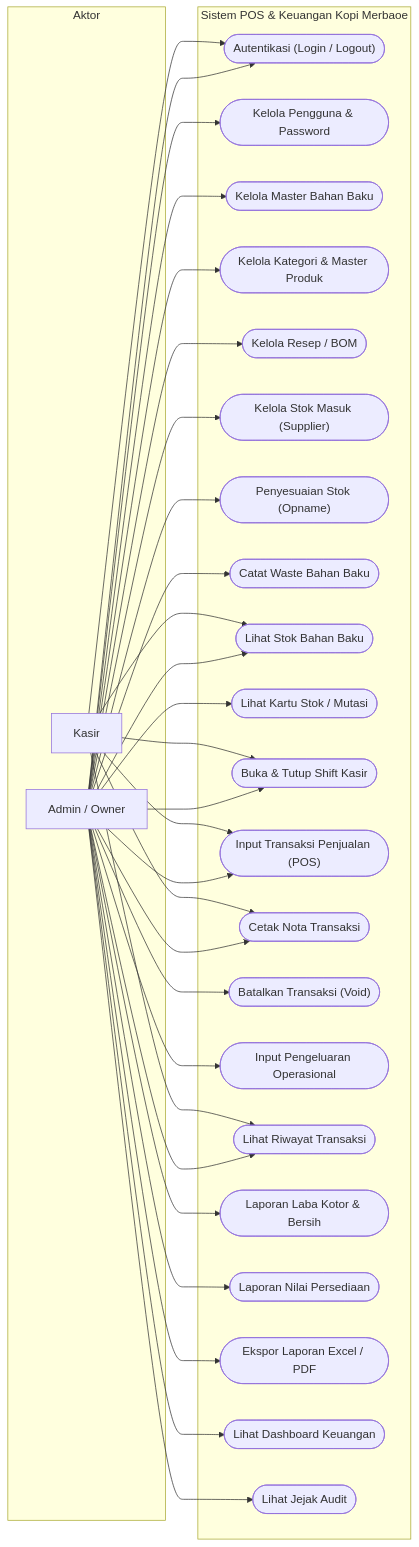
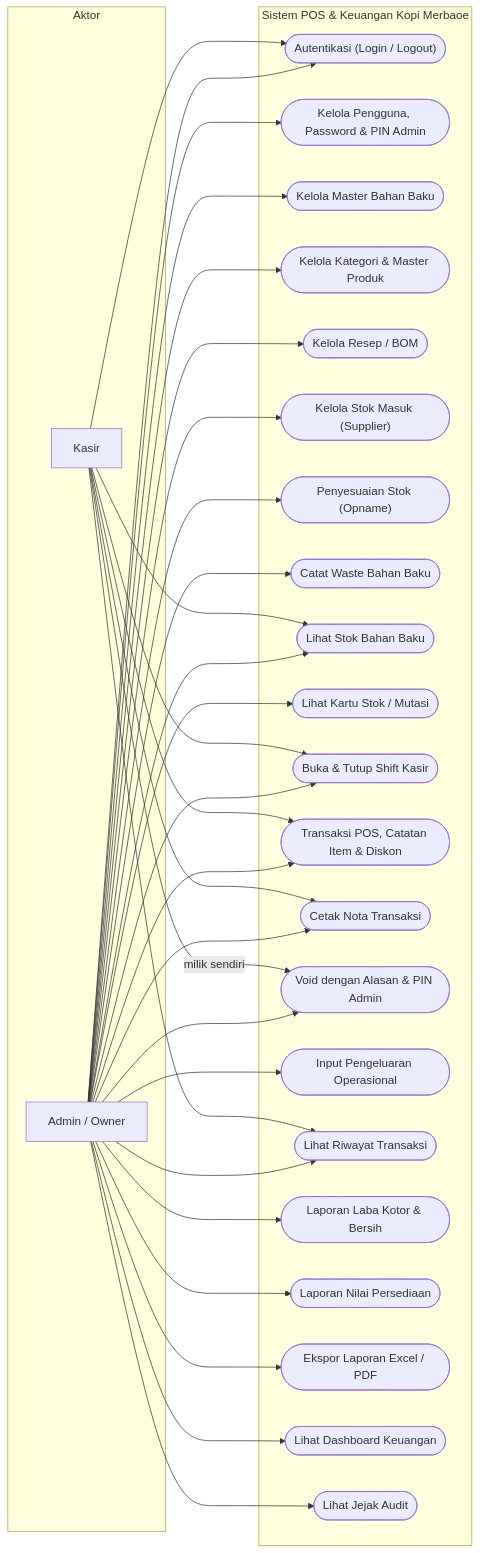
The first of 6 diagrams in README.md (fahmibastari/pos-merbaoe), drawn with Mermaid before and after one commit. The commit also changed other lines of this file and 41 other files, not shown here.

````diff
--- a/README.md
+++ b/README.md
@@ -1314,60 +1323,61 @@
 ```mermaid
 flowchart LR
     subgraph Aktor ["Aktor"]
         Admin["Admin / Owner"]
         Kasir["Kasir"]
     end
 
     subgraph Sistem ["Sistem POS & Keuangan Kopi Merbaoe"]
         UC01(["Autentikasi (Login / Logout)"])
-        UC02(["Kelola Pengguna & Password"])
+        UC02(["Kelola Pengguna, Password & PIN Admin"])
         UC03(["Kelola Master Bahan Baku"])
         UC04(["Kelola Kategori & Master Produk"])
         UC05(["Kelola Resep / BOM"])
         UC06(["Kelola Stok Masuk (Supplier)"])
         UC07(["Penyesuaian Stok (Opname)"])
         UC08(["Catat Waste Bahan Baku"])
         UC09(["Lihat Stok Bahan Baku"])
         UC10(["Lihat Kartu Stok / Mutasi"])
         UC11(["Buka & Tutup Shift Kasir"])
-        UC12(["Input Transaksi Penjualan (POS)"])
+        UC12(["Transaksi POS, Catatan Item & Diskon"])
         UC13(["Cetak Nota Transaksi"])
-        UC14(["Batalkan Transaksi (Void)"])
+        UC14(["Void dengan Alasan & PIN Admin"])
         UC15(["Input Pengeluaran Operasional"])
         UC16(["Lihat Riwayat Transaksi"])
         UC17(["Laporan Laba Kotor & Bersih"])
         UC18(["Laporan Nilai Persediaan"])
         UC19(["Ekspor Laporan Excel / PDF"])
         UC20(["Lihat Dashboard Keuangan"])
         UC21(["Lihat Jejak Audit"])
     end
 
     Admin --> UC01
     Admin --> UC02
     Admin --> UC03
     Admin --> UC04
     Admin --> UC05
     Admin --> UC06
     Admin --> UC07
     Admin --> UC08
     Admin --> UC09
     Admin --> UC10
     Admin --> UC11
     Admin --> UC12
     Admin --> UC13
     Admin --> UC14
     Admin --> UC15
     Admin --> UC16
     Admin --> UC17
     Admin --> UC18
     Admin --> UC19
     Admin --> UC20
     Admin --> UC21
 
     Kasir --> UC01
     Kasir --> UC09
     Kasir --> UC11
     Kasir --> UC12
     Kasir --> UC13
+    Kasir -- "milik sendiri" --> UC14
     Kasir --> UC16
 ```
````
